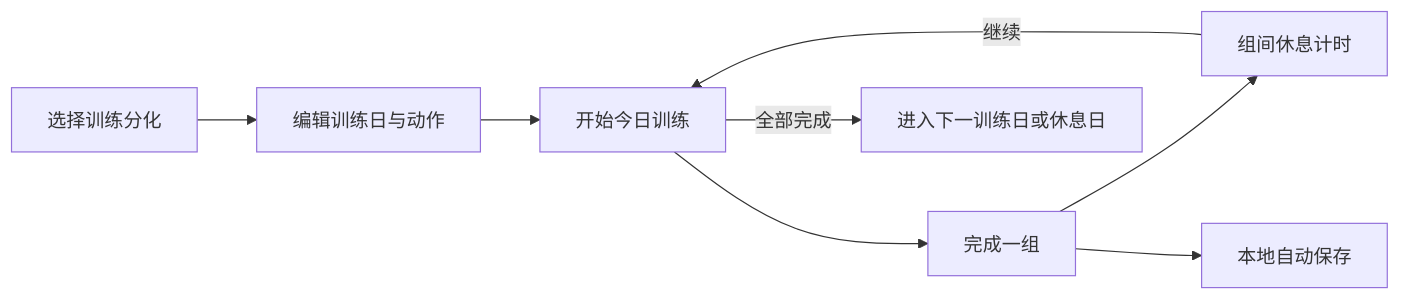
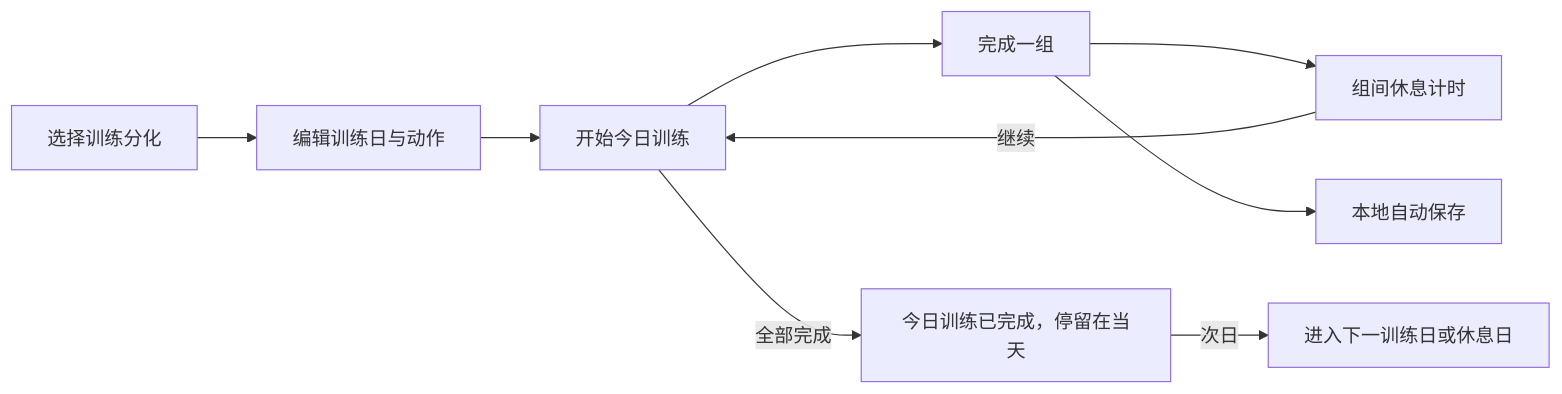
Before and after one commit to nannan9114/fitness-training-app: the first of 2 diagrams in README.md, drawn with Mermaid. The commit also changed other lines of this file and 8 other files, not shown here.

````diff
--- a/README.md
+++ b/README.md
@@ -46,10 +46,11 @@
 ```mermaid
 flowchart LR
     A[选择训练分化] --> B[编辑训练日与动作]
     B --> C[开始今日训练]
     C --> D[完成一组]
     D --> E[组间休息计时]
     E -->|继续| C
     D --> F[本地自动保存]
-    C -->|全部完成| G[进入下一训练日或休息日]
+    C -->|全部完成| G[今日训练已完成，停留在当天]
+    G -->|次日| H[进入下一训练日或休息日]
 ```
````
